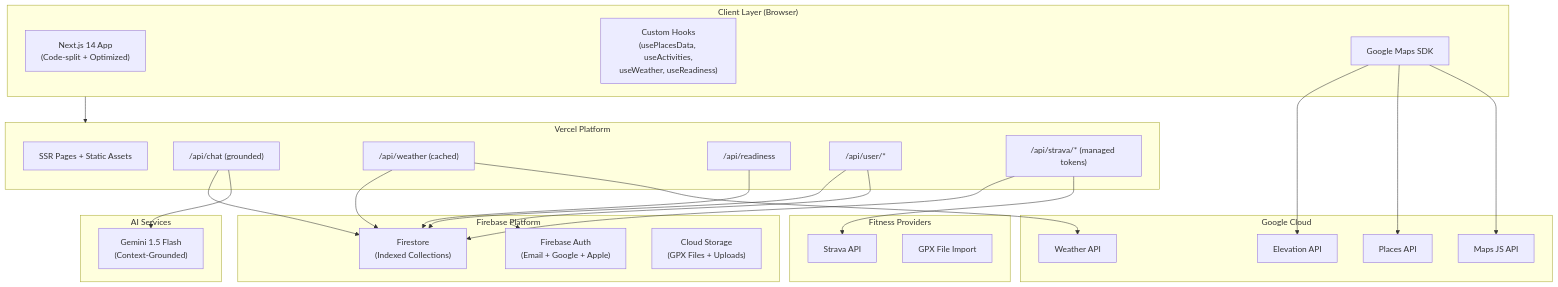
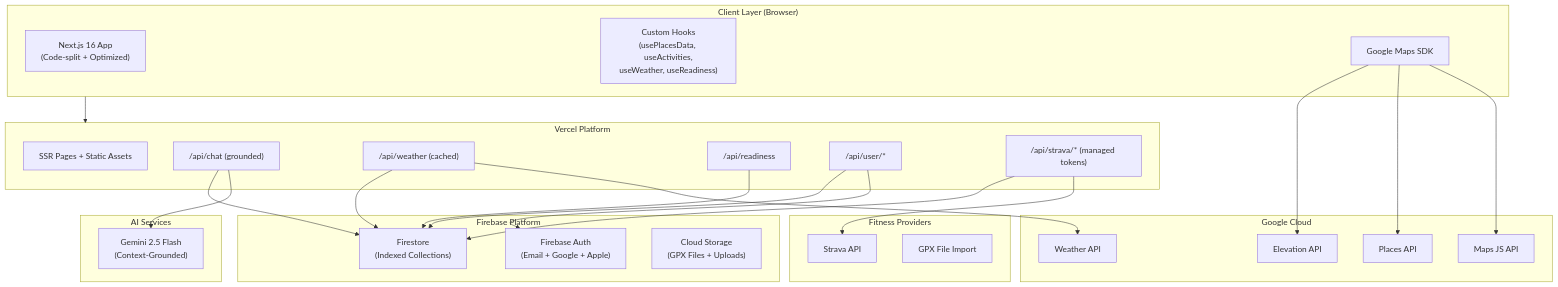
One commit to Oweeboi011/Fit-Ready-IQ changed the tenth of 18 diagrams in docs/solution-plan/SOLUTION-PLAN.md. Above: the diagram before and after it, drawn with Mermaid. The commit also changed other lines of this file and 11 other files, not shown here.

First line of the commit message:
docs: fix stale paths, branch flow, versions, and structural bugs

````diff
--- a/docs/solution-plan/SOLUTION-PLAN.md
+++ b/docs/solution-plan/SOLUTION-PLAN.md
@@ -580,54 +580,54 @@
 ```mermaid
 graph TB
     subgraph Client["Client Layer (Browser)"]
-        App["Next.js 14 App<br/>(Code-split + Optimized)"]
+        App["Next.js 16 App<br/>(Code-split + Optimized)"]
         Hooks["Custom Hooks<br/>(usePlacesData, useActivities,<br/>useWeather, useReadiness)"]
         Maps["Google Maps SDK"]
     end
 
     subgraph Vercel["Vercel Platform"]
         Pages["SSR Pages + Static Assets"]
         ChatRoute["/api/chat (grounded)"]
         WeatherRoute["/api/weather (cached)"]
         ReadinessRoute["/api/readiness"]
         UserRoute["/api/user/*"]
         StravaRoute["/api/strava/* (managed tokens)"]
     end
 
     subgraph Google["Google Cloud"]
         MapsAPI["Maps JS API"]
         PlacesAPI["Places API"]
         ElevAPI["Elevation API"]
         WeatherAPI["Weather API"]
     end
 
     subgraph Firebase["Firebase Platform"]
         Firestore["Firestore<br/>(Indexed Collections)"]
         Auth["Firebase Auth<br/>(Email + Google + Apple)"]
         Storage["Cloud Storage<br/>(GPX Files + Uploads)"]
     end
 
     subgraph AI["AI Services"]
-        Gemini["Gemini 1.5 Flash<br/>(Context-Grounded)"]
+        Gemini["Gemini 2.5 Flash<br/>(Context-Grounded)"]
     end
 
     subgraph Fitness["Fitness Providers"]
         Strava["Strava API"]
         GPX["GPX File Import"]
     end
 
     Client --> Vercel
     Maps --> MapsAPI
     Maps --> PlacesAPI
     Maps --> ElevAPI
 
     ChatRoute --> Gemini
     ChatRoute --> Firestore
     WeatherRoute --> WeatherAPI
     WeatherRoute --> Firestore
     ReadinessRoute --> Firestore
     UserRoute --> Auth
     UserRoute --> Firestore
     StravaRoute --> Strava
     StravaRoute --> Firestore
 ```
````
